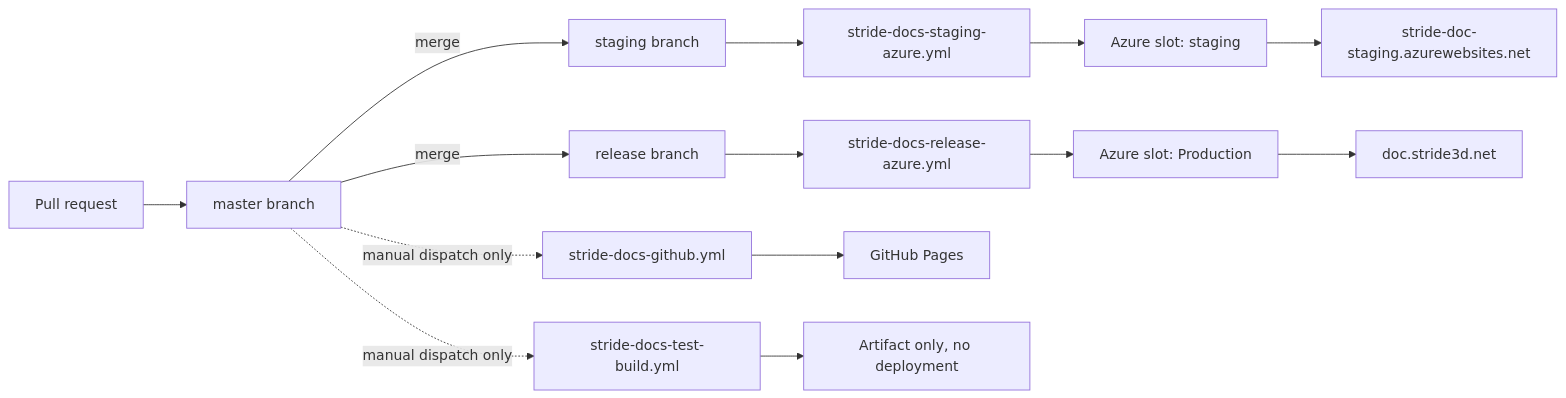
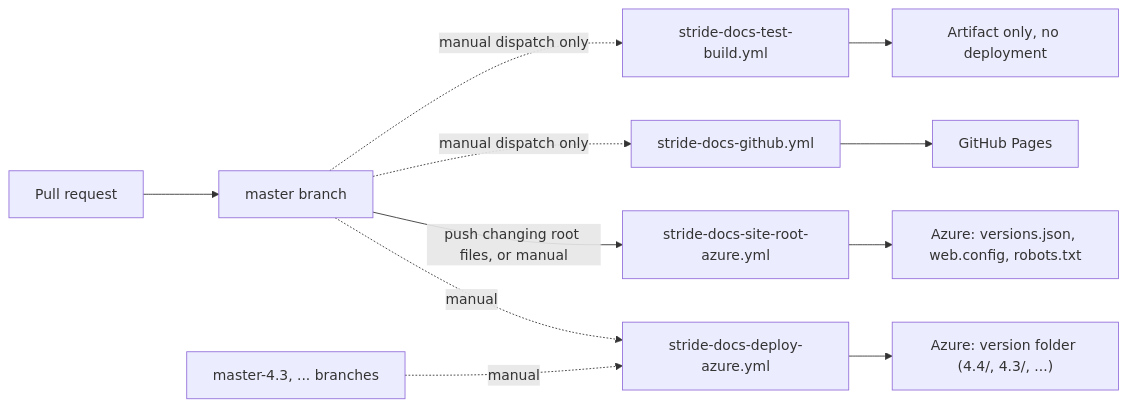
One commit to stride3d/stride-docs changed the first of 3 diagrams in en/contributors/documentation/github-actions.md. Above: the diagram before and after it, drawn with Mermaid. The commit also changed other lines of this file and 11 other files, not shown here.

First line of the commit message:
feat: Deploy each version into its own folder, and the site root files from master

````diff
--- a/en/contributors/documentation/github-actions.md
+++ b/en/contributors/documentation/github-actions.md
@@ -18,19 +16,14 @@
 ``` mermaid
 flowchart LR
     PR[Pull request] --> master[master branch]
-    master -->|merge| staging[staging branch]
-    master -->|merge| release[release branch]
-
-    staging --> WS[stride-docs-staging-azure.yml]
-    release --> WR[stride-docs-release-azure.yml]
+    master -.->|manual| WD[stride-docs-deploy-azure.yml]
+    old[master-4.3, ... branches] -.->|manual| WD
+    master -->|push changing root files, or manual| WR[stride-docs-site-root-azure.yml]
     master -.->|manual dispatch only| WG[stride-docs-github.yml]
     master -.->|manual dispatch only| WT[stride-docs-test-build.yml]
 
-    WS --> AS[Azure slot: staging]
-    WR --> AP[Azure slot: Production]
+    WD --> AV["Azure: version folder (4.4/, 4.3/, ...)"]
+    WR --> AR["Azure: versions.json, web.config, robots.txt"]
     WG --> GH[GitHub Pages]
-    WT --> AR[Artifact only, no deployment]
-
-    AS --> URLS[stride-doc-staging.azurewebsites.net]
-    AP --> URLP[doc.stride3d.net]
+    WT --> AA[Artifact only, no deployment]
 ```
````
